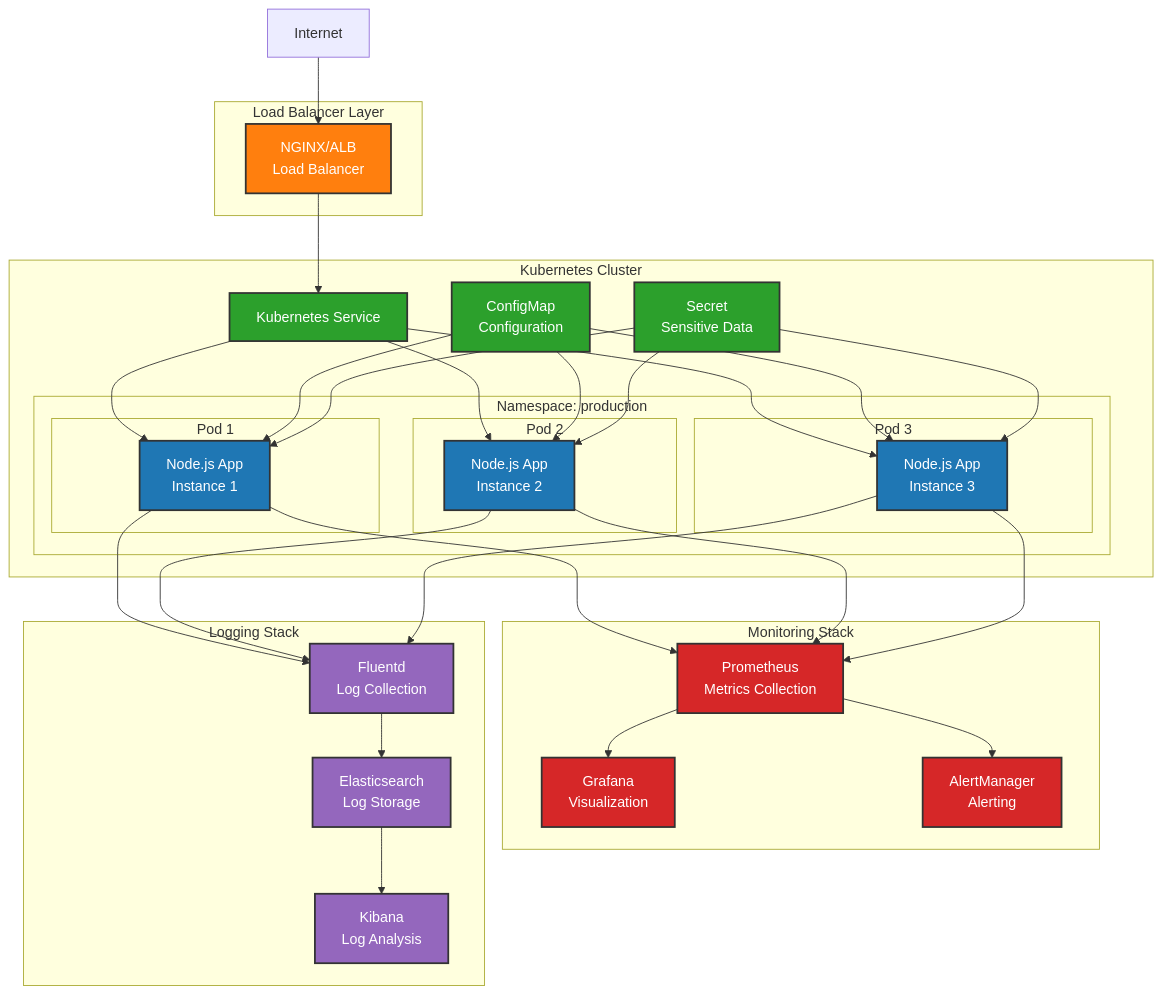
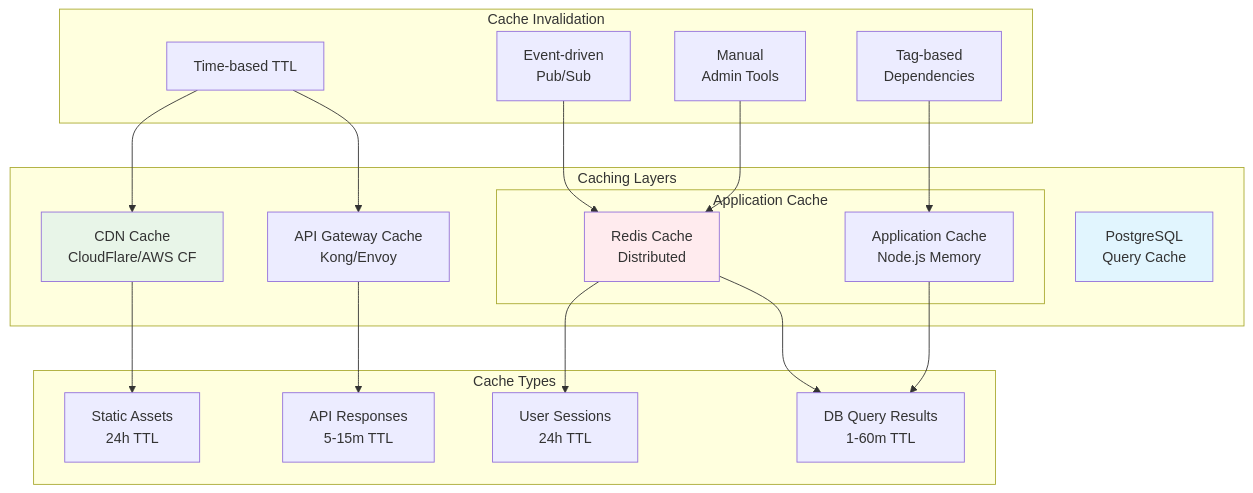
The seventh of 12 diagrams in docs/architecture/system-diagrams.md (liamhelmer/claude-flow-ui), drawn with Mermaid before and after one commit. The commit also changed other lines of this file and 202 other files, not shown here.

Commit message:
Improved docs more environment variables supported for interpretation into claude-flow args more tests

````diff
--- a/docs/architecture/system-diagrams.md
+++ b/docs/architecture/system-diagrams.md
@@ -217,75 +392,44 @@
 ```mermaid
 graph TB
-    subgraph "Load Balancer Layer"
-        LB[NGINX/ALB<br/>Load Balancer]
+    subgraph "Caching Layers"
+        CDN[CDN Cache<br/>CloudFlare/AWS CF]
+        API_GATEWAY_CACHE[API Gateway Cache<br/>Kong/Envoy]
+
+        subgraph "Application Cache"
+            APP_CACHE[Application Cache<br/>Node.js Memory]
+            REDIS_CACHE[Redis Cache<br/>Distributed]
+        end
+
+        DATABASE[PostgreSQL<br/>Query Cache]
     end
 
-    subgraph "Kubernetes Cluster"
-        subgraph "Namespace: production"
-            subgraph "Pod 1"
-                App1[Node.js App<br/>Instance 1]
-            end
-            subgraph "Pod 2"
-                App2[Node.js App<br/>Instance 2]
-            end
-            subgraph "Pod 3"
-                App3[Node.js App<br/>Instance 3]
-            end
-        end
-
-        Service[Kubernetes Service]
-        ConfigMap[ConfigMap<br/>Configuration]
-        Secret[Secret<br/>Sensitive Data]
+    subgraph "Cache Types"
+        STATIC[Static Assets<br/>24h TTL]
+        API_RESPONSE[API Responses<br/>5-15m TTL]
+        USER_SESSION[User Sessions<br/>24h TTL]
+        DB_QUERY[DB Query Results<br/>1-60m TTL]
     end
 
-    subgraph "Monitoring Stack"
-        Prometheus[Prometheus<br/>Metrics Collection]
-        Grafana[Grafana<br/>Visualization]
-        AlertManager[AlertManager<br/>Alerting]
+    subgraph "Cache Invalidation"
+        TTL[Time-based TTL]
+        EVENT_DRIVEN[Event-driven<br/>Pub/Sub]
+        TAG_BASED[Tag-based<br/>Dependencies]
+        MANUAL[Manual<br/>Admin Tools]
     end
 
-    subgraph "Logging Stack"
-        Fluentd[Fluentd<br/>Log Collection]
-        Elasticsearch[Elasticsearch<br/>Log Storage]
-        Kibana[Kibana<br/>Log Analysis]
-    end
+    CDN --> STATIC
+    API_GATEWAY_CACHE --> API_RESPONSE
+    REDIS_CACHE --> USER_SESSION
+    REDIS_CACHE --> DB_QUERY
+    APP_CACHE --> DB_QUERY
 
-    Internet --> LB
-    LB --> Service
-    Service --> App1
-    Service --> App2
-    Service --> App3
+    TTL --> CDN
+    TTL --> API_GATEWAY_CACHE
+    EVENT_DRIVEN --> REDIS_CACHE
+    TAG_BASED --> APP_CACHE
+    MANUAL --> REDIS_CACHE
 
-    ConfigMap --> App1
-    ConfigMap --> App2
-    ConfigMap --> App3
-
-    Secret --> App1
-    Secret --> App2
-    Secret --> App3
-
-    App1 --> Prometheus
-    App2 --> Prometheus
-    App3 --> Prometheus
-
-    App1 --> Fluentd
-    App2 --> Fluentd
-    App3 --> Fluentd
-
-    Prometheus --> Grafana
-    Prometheus --> AlertManager
-    Fluentd --> Elasticsearch
-    Elasticsearch --> Kibana
-
-    classDef lb fill:#ff7f0e,stroke:#333,stroke-width:2px,color:#fff
-    classDef app fill:#1f77b4,stroke:#333,stroke-width:2px,color:#fff
-    classDef k8s fill:#2ca02c,stroke:#333,stroke-width:2px,color:#fff
-    classDef monitor fill:#d62728,stroke:#333,stroke-width:2px,color:#fff
-    classDef log fill:#9467bd,stroke:#333,stroke-width:2px,color:#fff
-
-    class LB lb
-    class App1,App2,App3 app
-    class Service,ConfigMap,Secret k8s
-    class Prometheus,Grafana,AlertManager monitor
-    class Fluentd,Elasticsearch,Kibana log
+    style CDN fill:#e8f5e8
+    style REDIS_CACHE fill:#ffebee
+    style DATABASE fill:#e1f5fe
 ```
````
